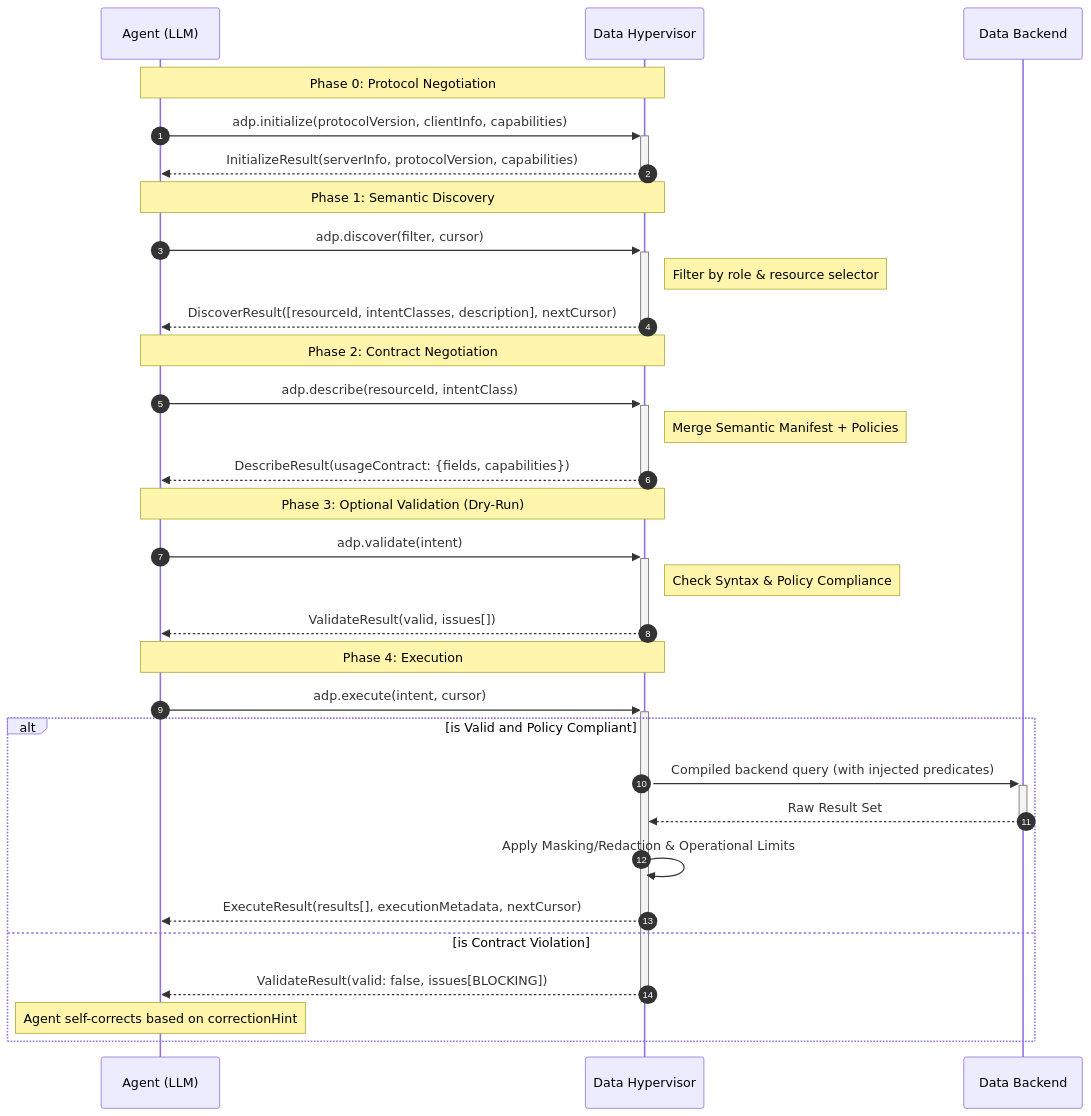
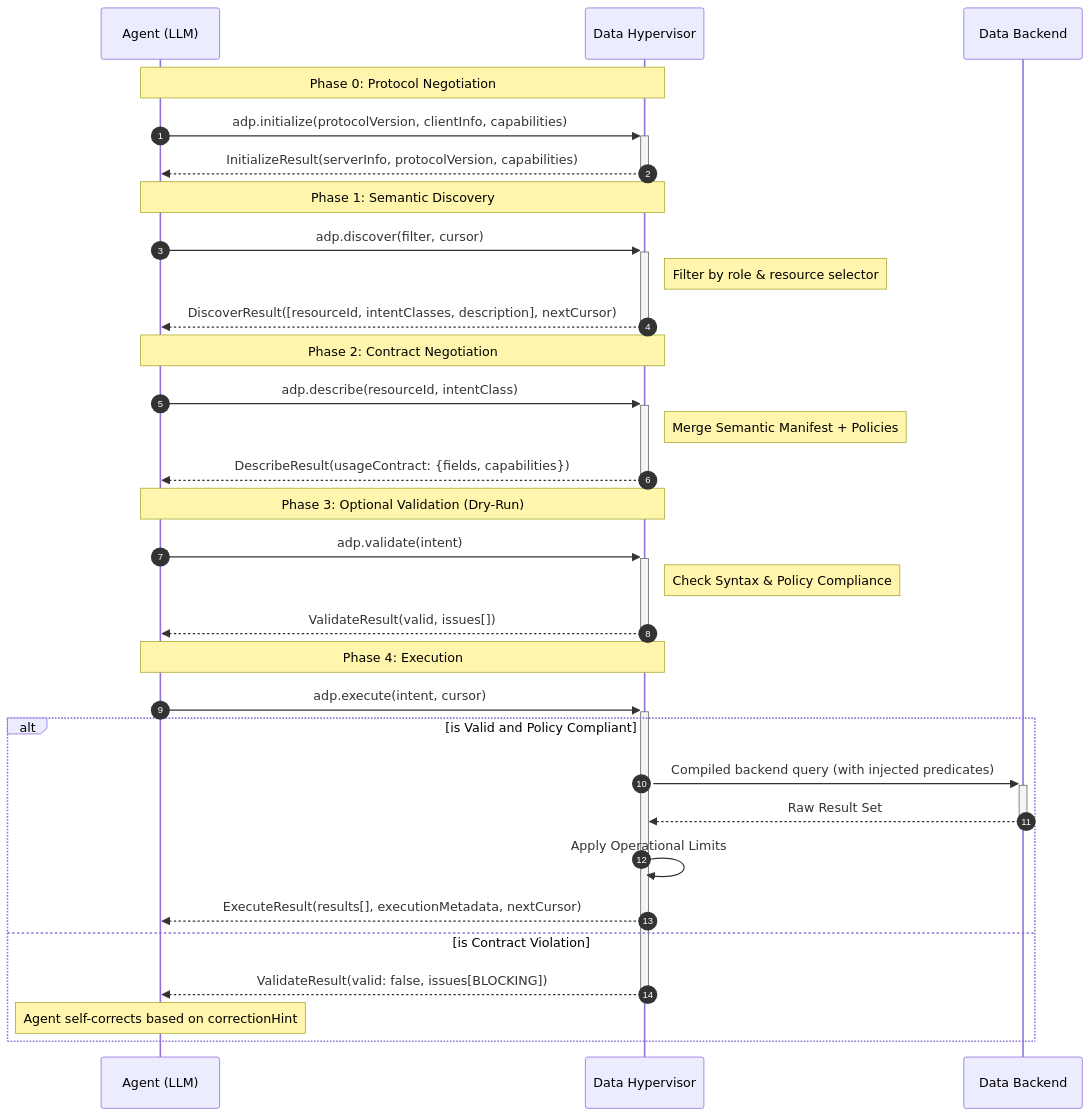
Before and after one commit to agenticdataprotocol/agenticdataprotocol: the diagram in docs/specification/2026-01-20/adp_ir_spec.md, drawn with Mermaid. The commit also changed other lines of this file, not shown here.

First line of the commit message:
docs(spec): remove data masking and fix advanced intent description

````diff
--- a/docs/specification/2026-01-20/adp_ir_spec.md
+++ b/docs/specification/2026-01-20/adp_ir_spec.md
@@ -91,39 +91,39 @@
 ```mermaid
 sequenceDiagram
     autonumber
     participant A as Agent (LLM)
     participant H as Data Hypervisor
     participant B as Data Backend
 
     Note over A, H: Phase 0: Protocol Negotiation
     A->>+H: adp.initialize(protocolVersion, clientInfo, capabilities)
     H-->>-A: InitializeResult(serverInfo, protocolVersion, capabilities)
 
     Note over A, H: Phase 1: Semantic Discovery
     A->>+H: adp.discover(filter, cursor)
     Note right of H: Filter by role & resource selector
     H-->>-A: DiscoverResult([resourceId, intentClasses, description], nextCursor)
 
     Note over A, H: Phase 2: Contract Negotiation
     A->>+H: adp.describe(resourceId, intentClass)
     Note right of H: Merge Semantic Manifest + Policies
     H-->>-A: DescribeResult(usageContract: {fields, capabilities})
 
     Note over A, H: Phase 3: Optional Validation (Dry-Run)
     A->>+H: adp.validate(intent)
     Note right of H: Check Syntax & Policy Compliance
     H-->>-A: ValidateResult(valid, issues[])
 
     Note over A, H: Phase 4: Execution
     A->>+H: adp.execute(intent, cursor)
 
     alt is Valid and Policy Compliant
         H->>+B: Compiled backend query (with injected predicates)
         B-->>-H: Raw Result Set
-        H->>H: Apply Masking/Redaction & Operational Limits
+        H->>H: Apply Operational Limits
         H-->>A: ExecuteResult(results[], executionMetadata, nextCursor)
     else is Contract Violation
         H-->>-A: ValidateResult(valid: false, issues[BLOCKING])
         Note over A: Agent self-corrects based on correctionHint
     end
 ```
````
